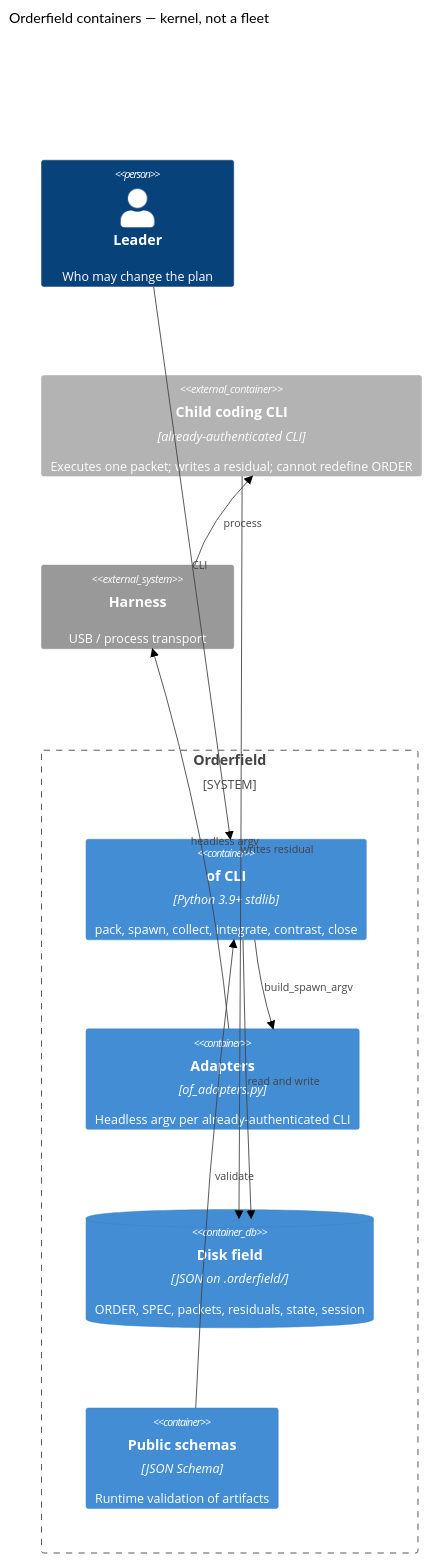
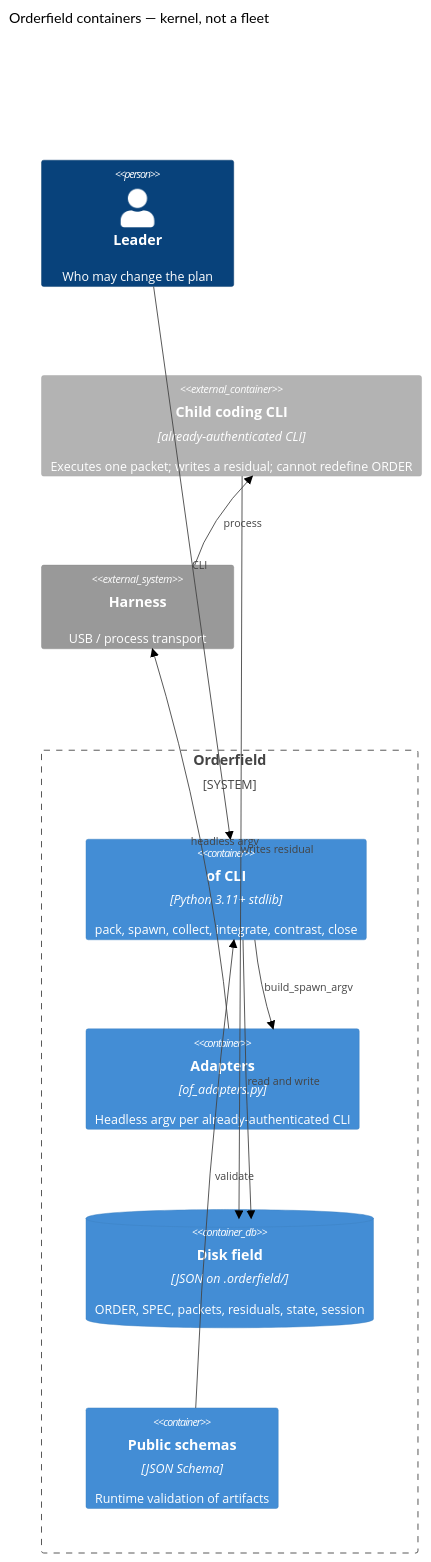
Before and after one commit to pedroknigge/orderfield: the second of 3 diagrams in docs/architecture.md, drawn with Mermaid (forest theme). The commit also changed other lines of this file and 46 other files, not shown here.

````diff
--- a/docs/architecture.md
+++ b/docs/architecture.md
@@ -63,20 +63,20 @@
 ```mermaid
 C4Container
     title Orderfield containers — kernel, not a fleet
     Person(leader, "Leader", "Who may change the plan")
     Container_Ext(child, "Child coding CLI", "already-authenticated CLI", "Executes one packet; writes a residual; cannot redefine ORDER")
     System_Ext(harness, "Harness", "USB / process transport")
     System_Boundary(ofb, "Orderfield") {
-        Container(cli, "of CLI", "Python 3.9+ stdlib", "pack, spawn, collect, integrate, contrast, close")
+        Container(cli, "of CLI", "Python 3.11+ stdlib", "pack, spawn, collect, integrate, contrast, close")
         Container(adp, "Adapters", "of_adapters.py", "Headless argv per already-authenticated CLI")
         ContainerDb(disk, "Disk field", "JSON on .orderfield/", "ORDER, SPEC, packets, residuals, state, session")
         Container(sch, "Public schemas", "JSON Schema", "Runtime validation of artifacts")
     }
     Rel(leader, cli, "CLI")
     Rel(cli, adp, "build_spawn_argv")
     Rel(adp, harness, "headless argv")
     Rel(harness, child, "process")
     Rel(cli, disk, "read and write")
     Rel(child, disk, "writes residual")
     Rel(sch, cli, "validate")
 ```
````
